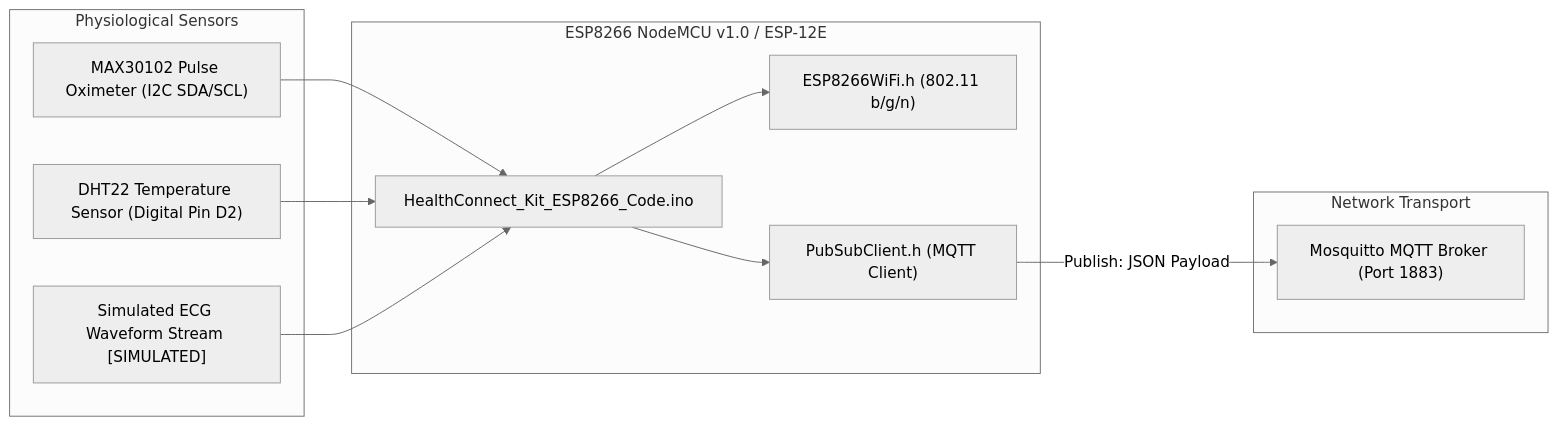
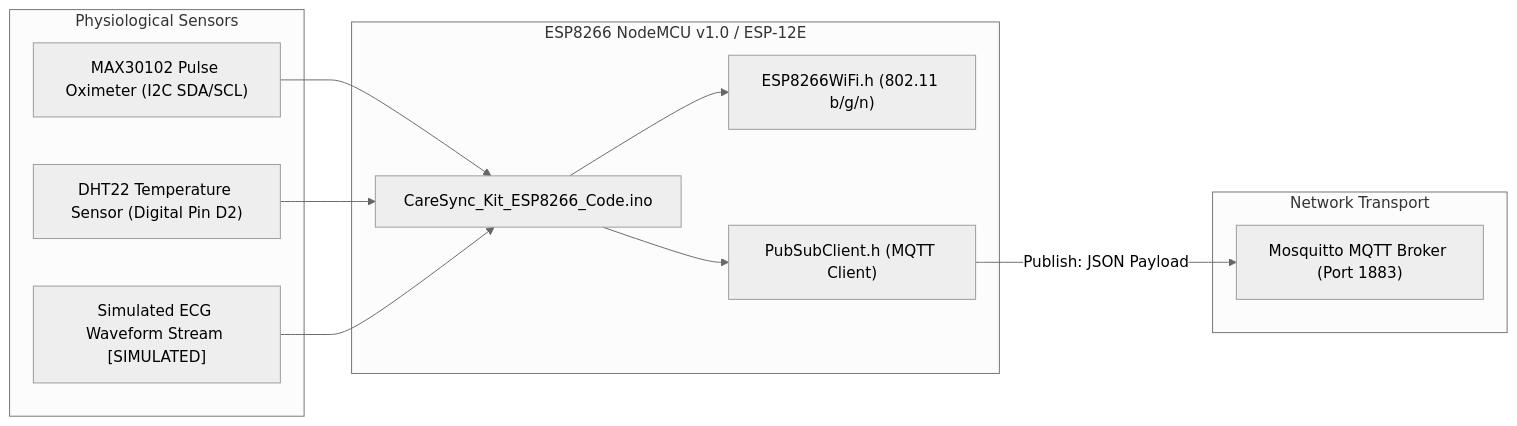
Before and after one commit to Pranjal-k22/CareSync: the diagram in architecture-project/06-iot-architecture.md, drawn with Mermaid (neutral theme). The commit also changed 41 other files, not shown here.

````diff
--- a/architecture-project/06-iot-architecture.md
+++ b/architecture-project/06-iot-architecture.md
@@ -6,24 +6,24 @@
 ```mermaid
 flowchart LR
     subgraph Physical_Sensors["Physiological Sensors"]
         MAX["MAX30102 Pulse Oximeter (I2C SDA/SCL)"]
         DHT["DHT22 Temperature Sensor (Digital Pin D2)"]
         AD["Simulated ECG Waveform Stream [SIMULATED]"]
     end
 
     subgraph Edge_Microcontroller["ESP8266 NodeMCU v1.0 / ESP-12E"]
-        Firmware["HealthConnect_Kit_ESP8266_Code.ino"]
+        Firmware["CareSync_Kit_ESP8266_Code.ino"]
         WiFi["ESP8266WiFi.h (802.11 b/g/n)"]
         MQTTClient["PubSubClient.h (MQTT Client)"]
         
         Firmware --> WiFi
         Firmware --> MQTTClient
     end
 
     subgraph Broker_Destination["Network Transport"]
         Broker["Mosquitto MQTT Broker (Port 1883)"]
     end
 
     MAX & DHT & AD --> Firmware
     MQTTClient -->|Publish: JSON Payload| Broker
 ```
````
